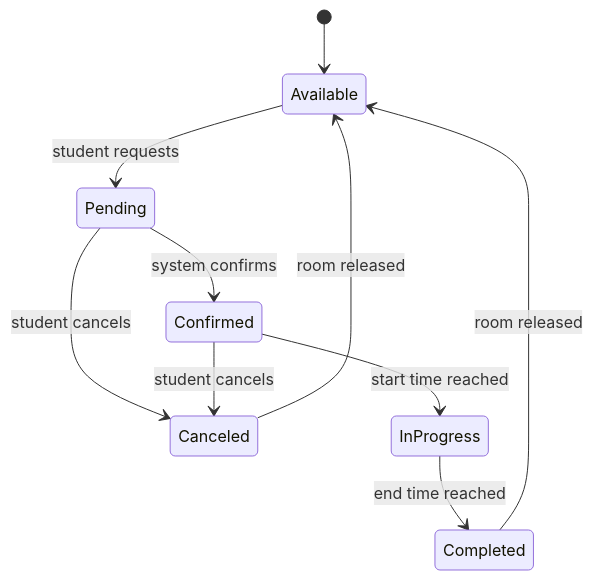
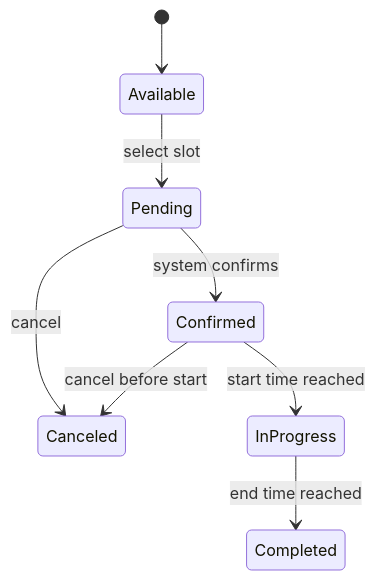
Before and after one commit to Amanda2026-crypto/smart-campus-connect: the third of 4 diagrams in state-transition-diagrams.md, drawn with Mermaid. The commit also changed other lines of this file, not shown here.

````diff
--- a/state-transition-diagrams.md
+++ b/state-transition-diagrams.md
@@ -120,12 +68,10 @@
 ```mermaid
 stateDiagram-v2
     [*] --> Available
-    Available --> Pending : student requests
+    Available --> Pending : select slot
     Pending --> Confirmed : system confirms
-    Pending --> Canceled : student cancels
+    Pending --> Canceled : cancel
     Confirmed --> InProgress : start time reached
-    Confirmed --> Canceled : student cancels
+    Confirmed --> Canceled : cancel before start
     InProgress --> Completed : end time reached
-    Completed --> Available : room released
-    Canceled --> Available : room released
 ```
````
